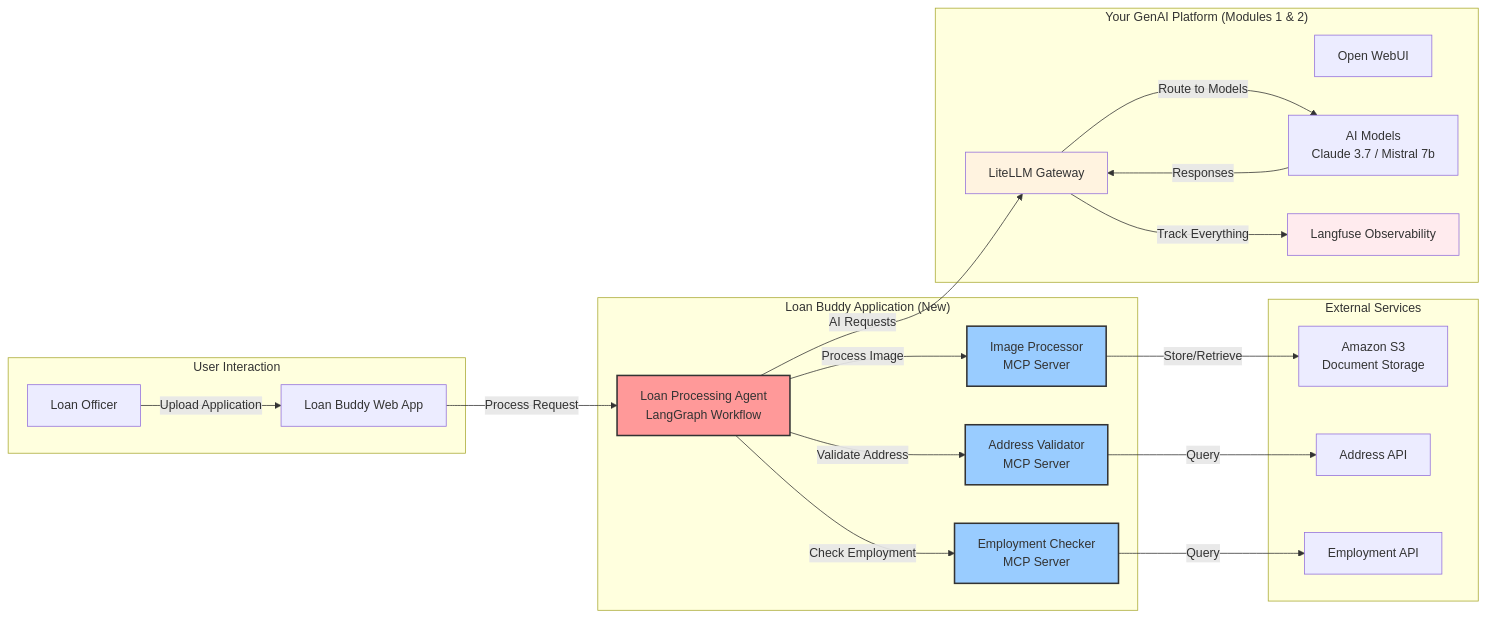
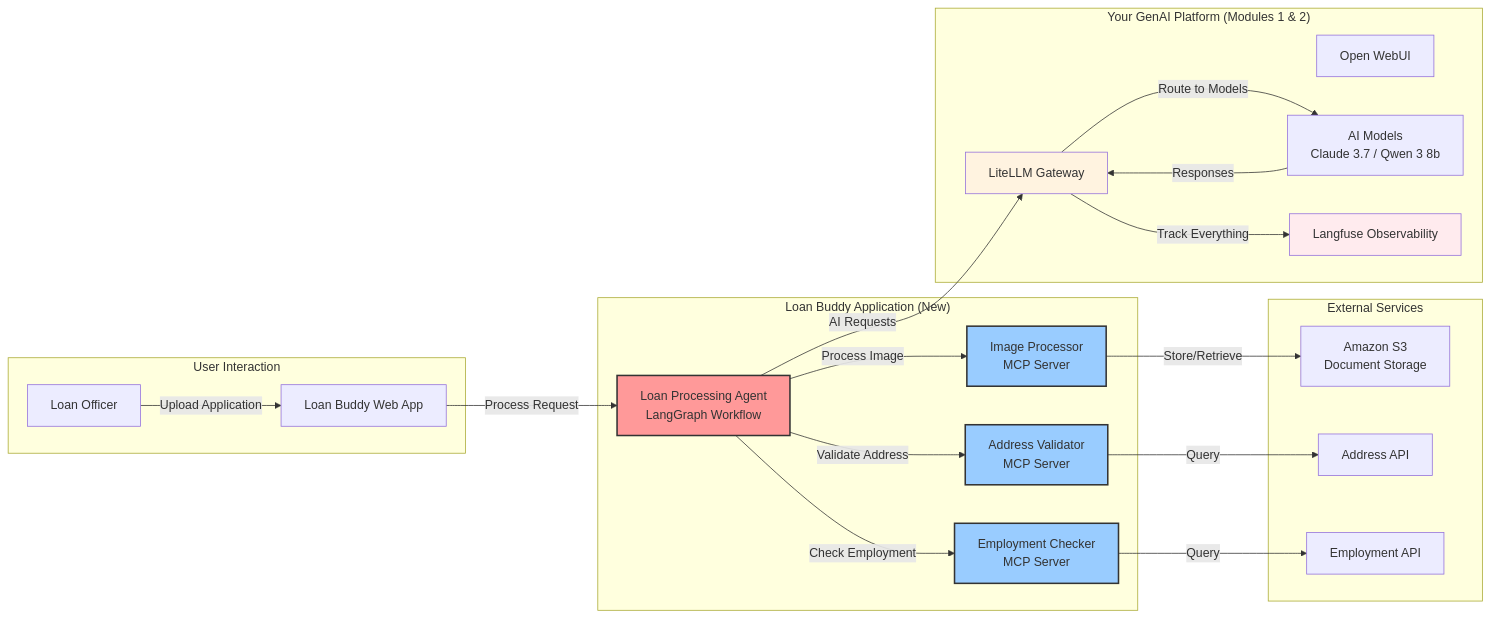
The diagram in workshops/eks-genai-workshop/content/module3-genai-applications/index.en.md (aws-samples/sample-genai-on-eks-starter-kit), drawn with Mermaid before and after one commit. The commit also changed 19 other files, not shown here.

Commit message:
Update workshop to use qwen models

````diff
--- a/workshops/eks-genai-workshop/content/module3-genai-applications/index.en.md
+++ b/workshops/eks-genai-workshop/content/module3-genai-applications/index.en.md
@@ -26,50 +26,50 @@
 ```mermaid
 graph LR
     subgraph "User Interaction"
         USER[Loan Officer]
         APP[Loan Buddy Web App]
     end
     
     subgraph "Your GenAI Platform (Modules 1 & 2)"
         UI[Open WebUI]
         GATEWAY[LiteLLM Gateway]
-        MODELS[AI Models<br/>Claude 3.7 / Mistral 7b]
+        MODELS[AI Models<br/>Claude 3.7 / Qwen 3 8b]
         OBS[Langfuse Observability]
     end
     
     subgraph "Loan Buddy Application (New)"
         AGENT[Loan Processing Agent<br/>LangGraph Workflow]
         MCP1[Address Validator<br/>MCP Server]
         MCP2[Employment Checker<br/>MCP Server]
         MCP3[Image Processor<br/>MCP Server]
     end
     
     subgraph "External Services"
         S3[Amazon S3<br/>Document Storage]
         ADDR[Address API]
         EMP[Employment API]
     end
     
     USER -->|Upload Application| APP
     APP -->|Process Request| AGENT
     
     AGENT -->|AI Requests| GATEWAY
     GATEWAY -->|Route to Models| MODELS
     MODELS -->|Responses| GATEWAY
     GATEWAY -->|Track Everything| OBS
     
     AGENT -->|Validate Address| MCP1
     AGENT -->|Check Employment| MCP2
     AGENT -->|Process Image| MCP3
     
     MCP1 -->|Query| ADDR
     MCP2 -->|Query| EMP
     MCP3 -->|Store/Retrieve| S3
     
     style AGENT fill:#ff9999,stroke:#333,stroke-width:2px
     style MCP1 fill:#99ccff,stroke:#333,stroke-width:2px
     style MCP2 fill:#99ccff,stroke:#333,stroke-width:2px
     style MCP3 fill:#99ccff,stroke:#333,stroke-width:2px
     style GATEWAY fill:#fff3e0
     style OBS fill:#ffebee
 ```
````
